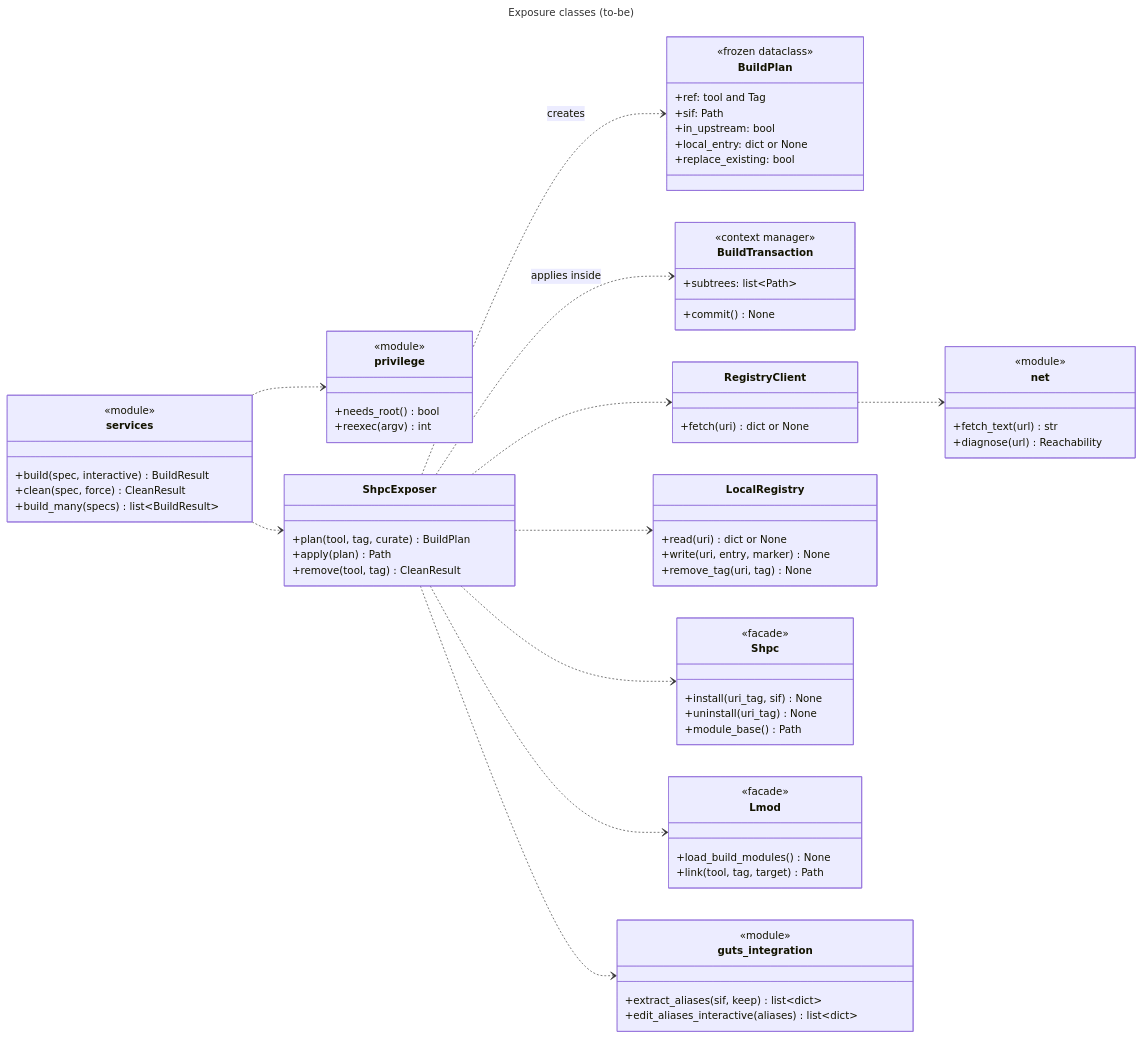
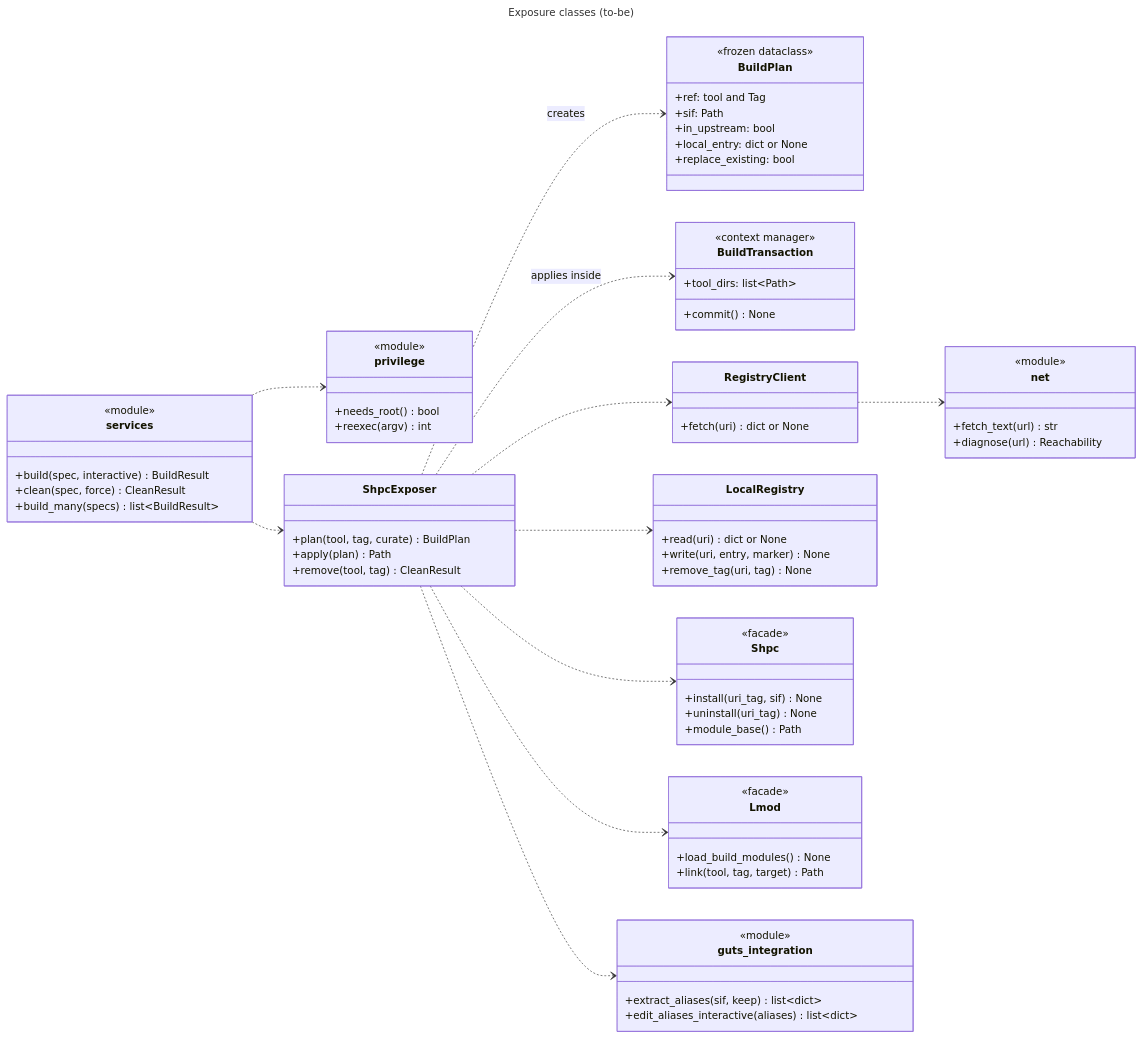
Before and after one commit to Sydney-Informatics-Hub/shelley: the second of 11 diagrams in docs/reference/architecture/target-state.md, drawn with Mermaid. The commit also changed other lines of this file and 10 other files, not shown here.

Commit message:
MAINT: Replace use of trees/subtrees with tool_dirs

````diff
--- a/docs/reference/architecture/target-state.md
+++ b/docs/reference/architecture/target-state.md
@@ -107,79 +107,79 @@
 ```mermaid
 ---
 title: Exposure classes (to-be)
 ---
 classDiagram
     direction LR
     class services {
         <<module>>
         +build(spec, interactive) BuildResult
         +clean(spec, force) CleanResult
         +build_many(specs) list~BuildResult~
     }
     class privilege {
         <<module>>
         +needs_root() bool
         +reexec(argv) int
     }
     class ShpcExposer {
         +plan(tool, tag, curate) BuildPlan
         +apply(plan) Path
         +remove(tool, tag) CleanResult
     }
     class BuildPlan {
         <<frozen dataclass>>
         +ref: tool and Tag
         +sif: Path
         +in_upstream: bool
         +local_entry: dict or None
         +replace_existing: bool
     }
     class BuildTransaction {
         <<context manager>>
-        +subtrees: list~Path~
+        +tool_dirs: list~Path~
         +commit() None
     }
     class RegistryClient {
         +fetch(uri) dict or None
     }
     class LocalRegistry {
         +read(uri) dict or None
         +write(uri, entry, marker) None
         +remove_tag(uri, tag) None
     }
     class Shpc {
         <<facade>>
         +install(uri_tag, sif) None
         +uninstall(uri_tag) None
         +module_base() Path
     }
     class Lmod {
         <<facade>>
         +load_build_modules() None
         +link(tool, tag, target) Path
     }
     class net {
         <<module>>
         +fetch_text(url) str
         +diagnose(url) Reachability
     }
     class guts_integration {
         <<module>>
         +extract_aliases(sif, keep) list~dict~
         +edit_aliases_interactive(aliases) list~dict~
     }
 
     services ..> privilege
     services ..> ShpcExposer
     ShpcExposer ..> BuildPlan : creates
     ShpcExposer ..> BuildTransaction : applies inside
     ShpcExposer ..> RegistryClient
     ShpcExposer ..> LocalRegistry
     ShpcExposer ..> guts_integration
     ShpcExposer ..> Shpc
     ShpcExposer ..> Lmod
     RegistryClient ..> net
     %% ShpcExposer replaces CVMFSModuleBuilder.shpc_install, _ensure_local_registry_entry, _share_build_artifacts, uninstall_module (cvmfs_builder.py:300-721)
     %% net raises NetworkUnavailable(host, reason); RegistryClient.fetch returns None only for "not upstream"
     %% errors module (not drawn): NetworkUnavailable, MountUnavailable, TagNotFound, TagRequired, AmbiguousTag
 ```
````
